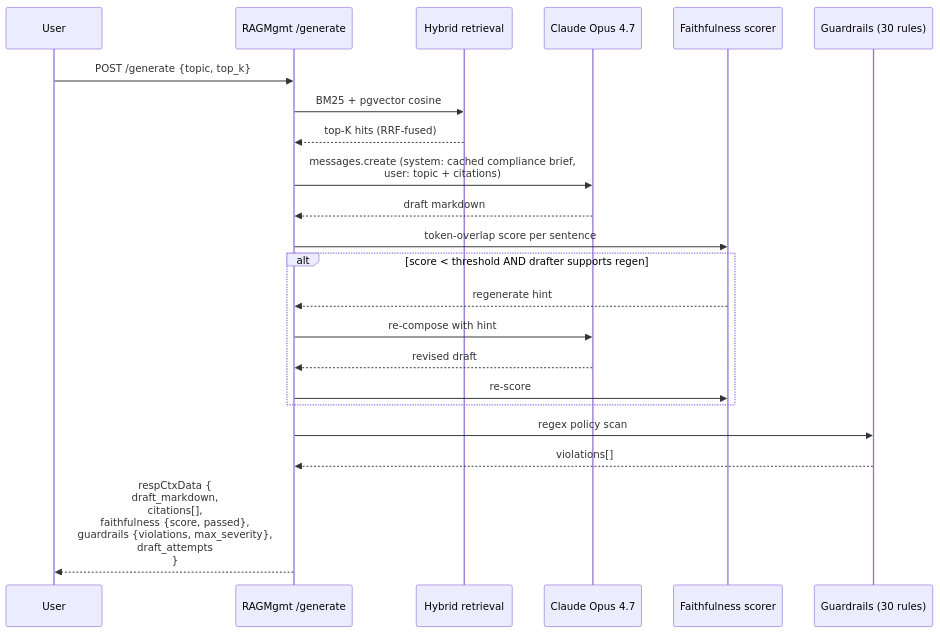
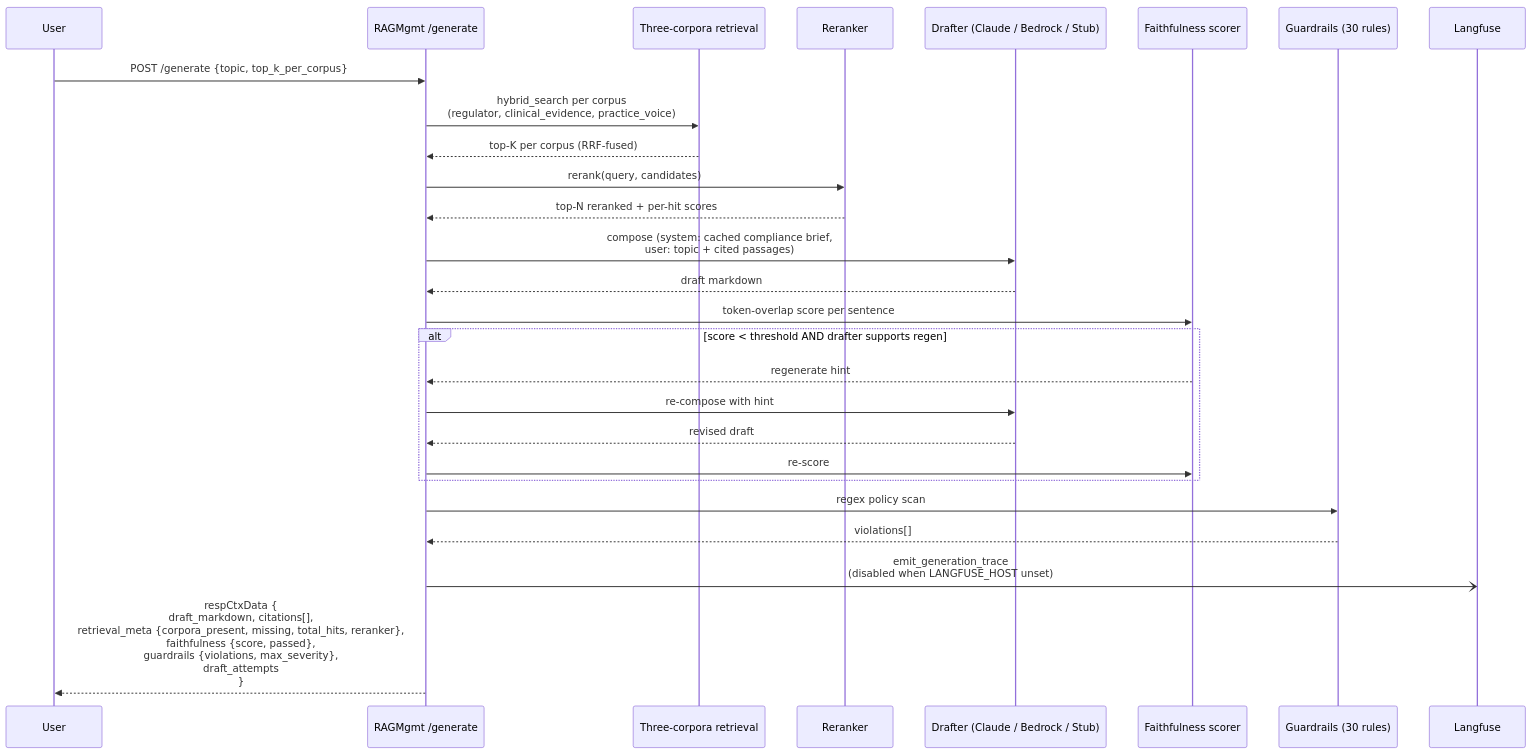
Before and after one commit to javakishore-veleti/Regulated-Healthcare-Practice-Content-RAG: the fourth of 4 diagrams in README.md, drawn with Mermaid. The commit also changed other lines of this file, not shown here.

````diff
--- a/README.md
+++ b/README.md
@@ -337,29 +339,34 @@
 ```mermaid
 sequenceDiagram
     participant U as User
     participant RM as RAGMgmt /generate
-    participant Ret as Hybrid retrieval
-    participant LLM as Claude Opus 4.7
+    participant Ret as Three-corpora retrieval
+    participant Rk as Reranker
+    participant LLM as Drafter (Claude / Bedrock / Stub)
     participant F as Faithfulness scorer
     participant G as Guardrails (30 rules)
+    participant Lf as Langfuse
 
-    U->>RM: POST /generate {topic, top_k}
-    RM->>Ret: BM25 + pgvector cosine
-    Ret-->>RM: top-K hits (RRF-fused)
+    U->>RM: POST /generate {topic, top_k_per_corpus}
+    RM->>Ret: hybrid_search per corpus<br/>(regulator, clinical_evidence, practice_voice)
+    Ret-->>RM: top-K per corpus (RRF-fused)
+    RM->>Rk: rerank(query, candidates)
+    Rk-->>RM: top-N reranked + per-hit scores
 
-    RM->>LLM: messages.create (system: cached compliance brief,<br/>user: topic + citations)
+    RM->>LLM: compose (system: cached compliance brief,<br/>user: topic + cited passages)
     LLM-->>RM: draft markdown
 
     RM->>F: token-overlap score per sentence
     alt score < threshold AND drafter supports regen
         F-->>RM: regenerate hint
         RM->>LLM: re-compose with hint
         LLM-->>RM: revised draft
         RM->>F: re-score
     end
 
     RM->>G: regex policy scan
     G-->>RM: violations[]
 
-    RM-->>U: respCtxData {<br/>  draft_markdown,<br/>  citations[],<br/>  faithfulness {score, passed},<br/>  guardrails {violations, max_severity},<br/>  draft_attempts<br/>}
+    RM-)Lf: emit_generation_trace<br/>(disabled when LANGFUSE_HOST unset)
+    RM-->>U: respCtxData {<br/>  draft_markdown, citations[],<br/>  retrieval_meta {corpora_present, missing, total_hits, reranker},<br/>  faithfulness {score, passed},<br/>  guardrails {violations, max_severity},<br/>  draft_attempts<br/>}
 ```
````
